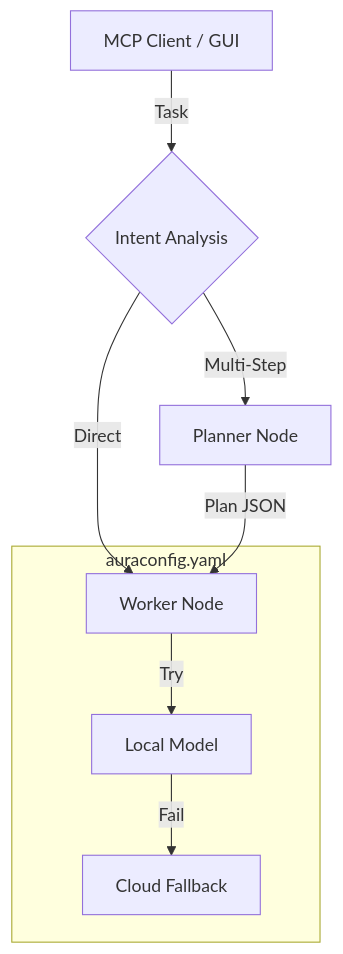
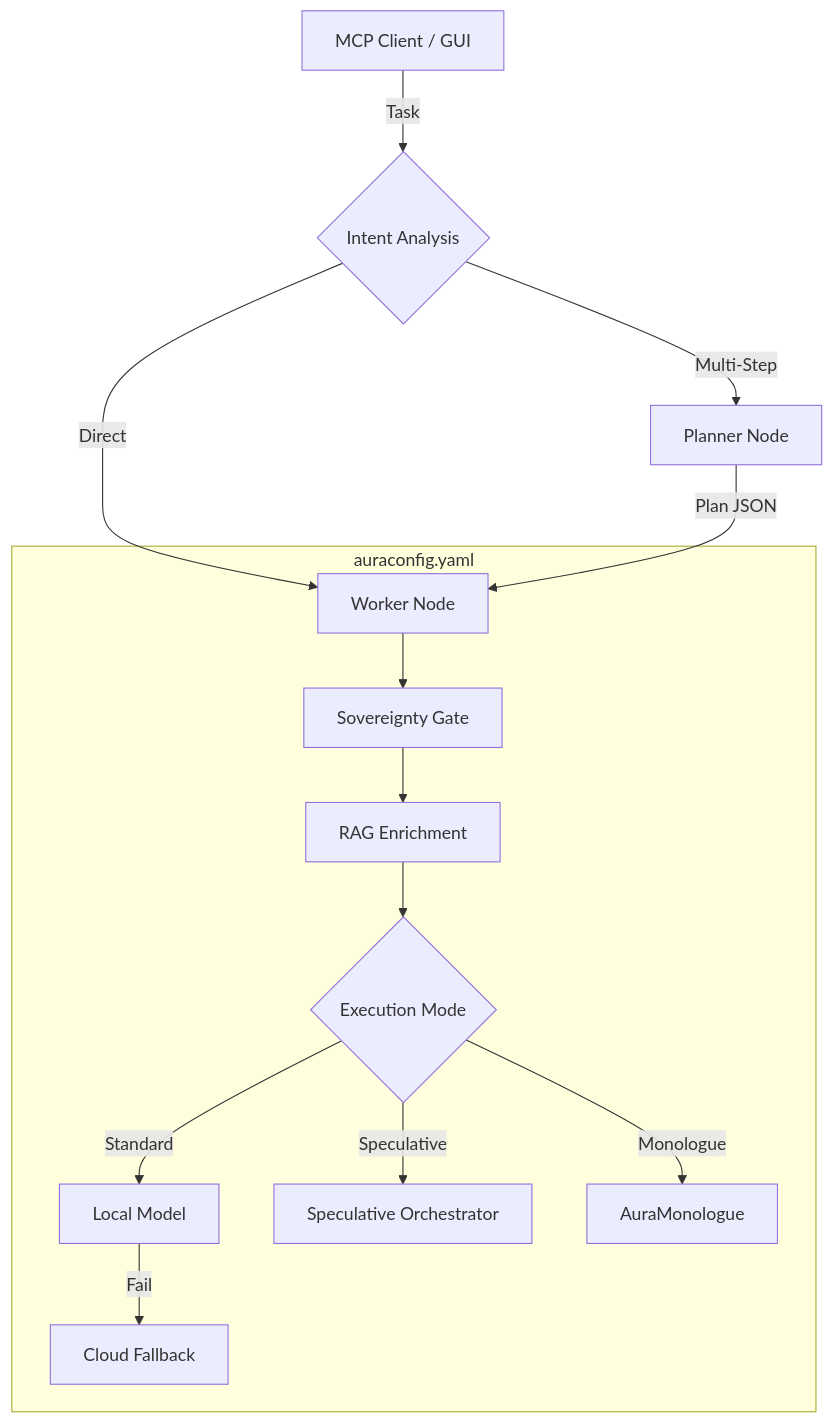
One commit to AuraCoreDynamics/aurarouter changed the diagram in README.md. Above: the diagram before and after it, drawn with Mermaid. The commit also changed other lines of this file and 29 other files, not shown here.

````diff
--- a/README.md
+++ b/README.md
@@ -19,12 +26,17 @@
 ```mermaid
 graph TD
     User[MCP Client / GUI] -->|Task| Classifier{Intent Analysis}
     Classifier -->|Direct| Worker[Worker Node]
     Classifier -->|Multi-Step| Planner[Planner Node]
     Planner -->|Plan JSON| Worker
 
     subgraph Compute Fabric [auraconfig.yaml]
-        Worker -->|Try| Node1[Local Model]
-        Node1 -->|Fail| Node2[Cloud Fallback]
+    Worker --> Sovereignty[Sovereignty Gate]
+    Sovereignty --> RAG[RAG Enrichment]
+    RAG --> Exec{Execution Mode}
+    Exec -->|Standard| Node1[Local Model]
+    Exec -->|Speculative| Spec[Speculative Orchestrator]
+    Exec -->|Monologue| Mono[AuraMonologue]
+    Node1 -->|Fail| Node2[Cloud Fallback]
     end
 ```
````
